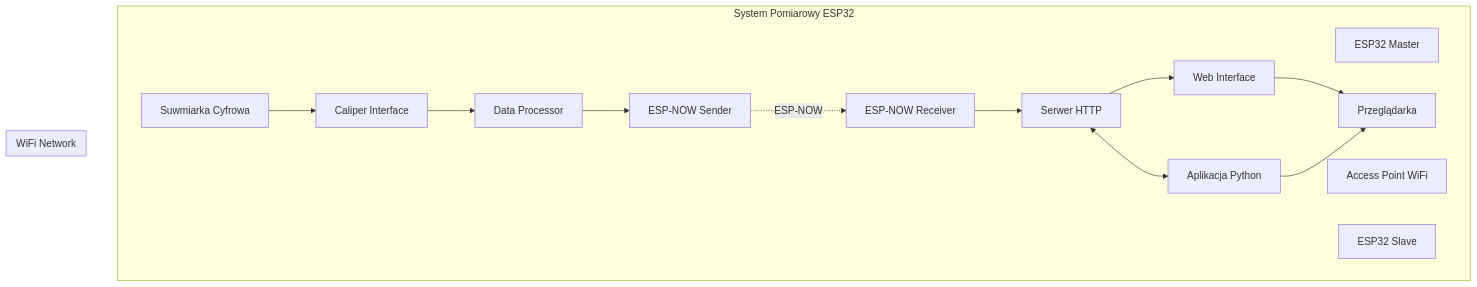
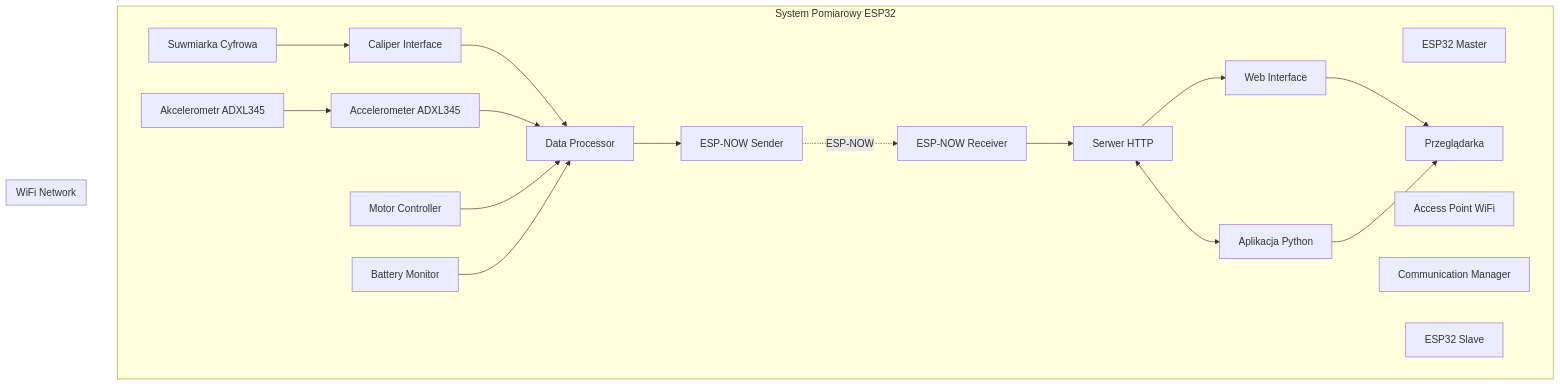
Before and after one commit to ciupakt/caliper: the first of 3 diagrams in README.md, drawn with Mermaid. The commit also changed other lines of this file, not shown here.

````diff
--- a/README.md
+++ b/README.md
@@ -29,35 +33,44 @@
 ```mermaid
 graph TD
     subgraph "System Pomiarowy ESP32"
         A[ESP32 Master]
         A1[Serwer HTTP]
         A2[Access Point WiFi]
         A3[ESP-NOW Receiver]
         A4[Web Interface]
+        A5[Communication Manager]
     
         B[ESP32 Slave]
         B1[Caliper Interface]
         B2[ESP-NOW Sender]
         B3[Data Processor]
+        B4[Motor Controller]
+        B5[Accelerometer ADXL345]
+        B6[Battery Monitor]
     
         C[Aplikacja Python]
         D[Przeglądarka]
         E[Suwmiarka Cyfrowa]
+        F[Akcelerometr ADXL345]
     
         E --> B1
+        F --> B5
         B1 --> B3
+        B5 --> B3
         B3 --> B2
+        B4 --> B3
+        B6 --> B3
         B2 -.->|ESP-NOW| A3
         A3 --> A1
         A1 --> A4
         A4 --> D
         
         A1 <--> C
         C --> D
     end
     
     subgraph "WiFi Network"
         A2
         D
     end
 ```
````
